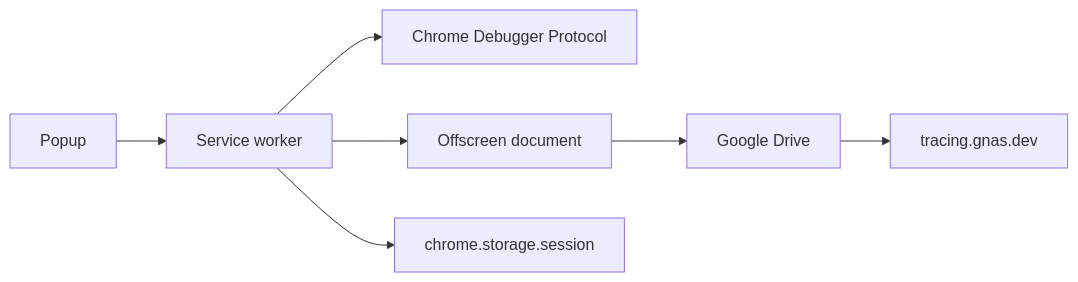
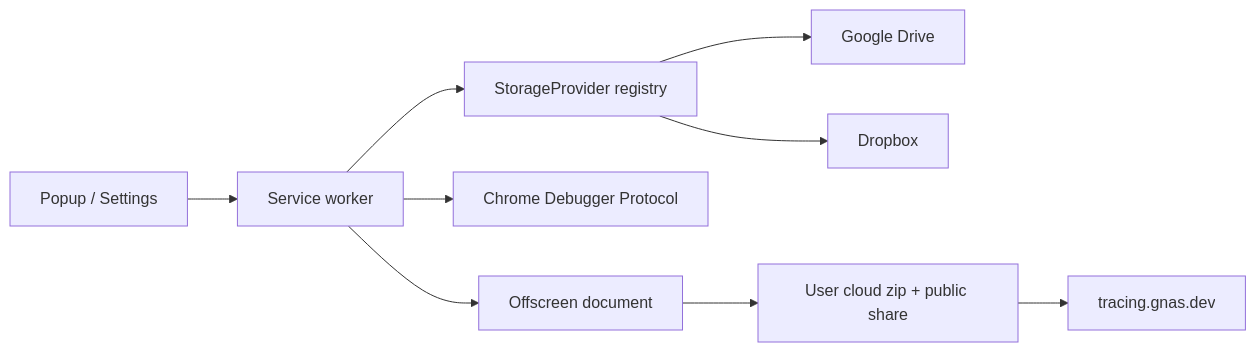
The diagram in DEVELOPER.md (gnasdev/gn-tracing), drawn with Mermaid before and after one commit. The commit also changed other lines of this file and 86 other files, not shown here.

First line of the commit message:
feat(storage): multi-cloud Drive + Dropbox, remove OneDrive

````diff
--- a/DEVELOPER.md
+++ b/DEVELOPER.md
@@ -27,9 +30,11 @@
 ```mermaid
 flowchart LR
-  Popup["Popup"] --> SW["Service worker"]
+  Popup["Popup / Settings"] --> SW["Service worker"]
+  SW --> Registry["StorageProvider registry"]
+  Registry --> G["Google Drive"]
+  Registry --> D["Dropbox"]
   SW --> CDP["Chrome Debugger Protocol"]
   SW --> Offscreen["Offscreen document"]
-  SW --> Session["chrome.storage.session"]
-  Offscreen --> Drive["Google Drive"]
-  Drive --> Player["tracing.gnas.dev"]
+  Offscreen --> Cloud["User cloud zip + public share"]
+  Cloud --> Player["tracing.gnas.dev"]
 ```
````
